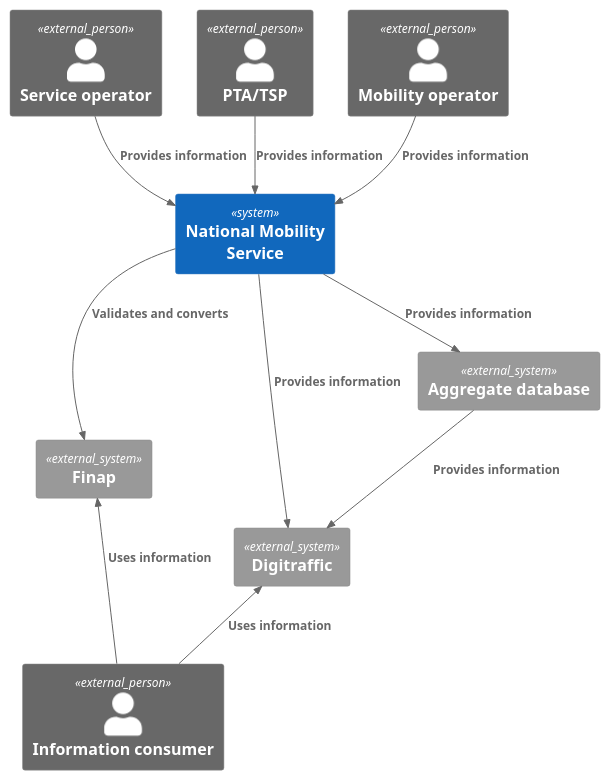
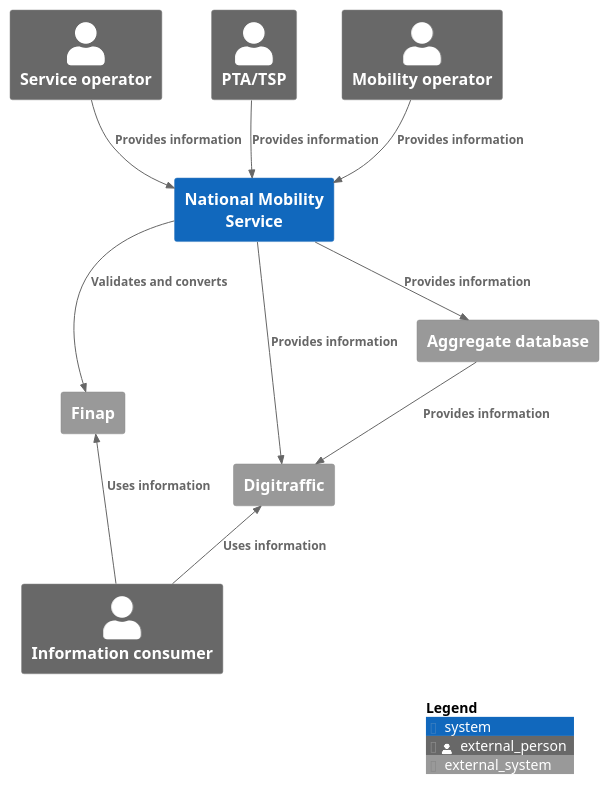
Before and after one commit to tmfg/digitraffic-tis-utilities: the diagram in architecture/tis/c4/l1_business_context.puml, drawn with PlantUML. The commit also changed 7 other files, not shown here.

Commit message:
unify legend rendering between all c4 diagrams

```diff
--- a/architecture/tis/c4/l1_business_context.puml
+++ b/architecture/tis/c4/l1_business_context.puml
@@ -1,26 +1,26 @@
 @startuml Business context
 !include https://raw.githubusercontent.com/plantuml-stdlib/C4-PlantUML/master/C4_Container.puml
 
 LAYOUT_TOP_DOWN()
-'LAYOUT_WITH_LEGEND()
 
 System(travelservice,"National Mobility Service")
 System_Ext(finap,"Finap")
 System_Ext(digitraffic,"Digitraffic")
 System_Ext(agg,"Aggregate database")
 Person_Ext(so,"Service operator")
 Person_Ext(pta,"PTA/TSP")
 Person_Ext(consumer,"Information consumer")
 Person_Ext(mob,"Mobility operator")
 
 Rel(travelservice,finap,"Validates and converts")
 Rel(travelservice,digitraffic,"Provides information")
 Rel(travelservice,agg,"Provides information")
 Rel(so,travelservice,"Provides information")
 Rel(pta,travelservice,"Provides information")
 Rel(mob,travelservice,"Provides information")
 Rel_U(consumer,digitraffic,"Uses information")
 Rel_U(consumer,finap,"Uses information")
 Rel(agg,digitraffic,"Provides information")
 
-@enduml 
+SHOW_LEGEND()
+@enduml
```
